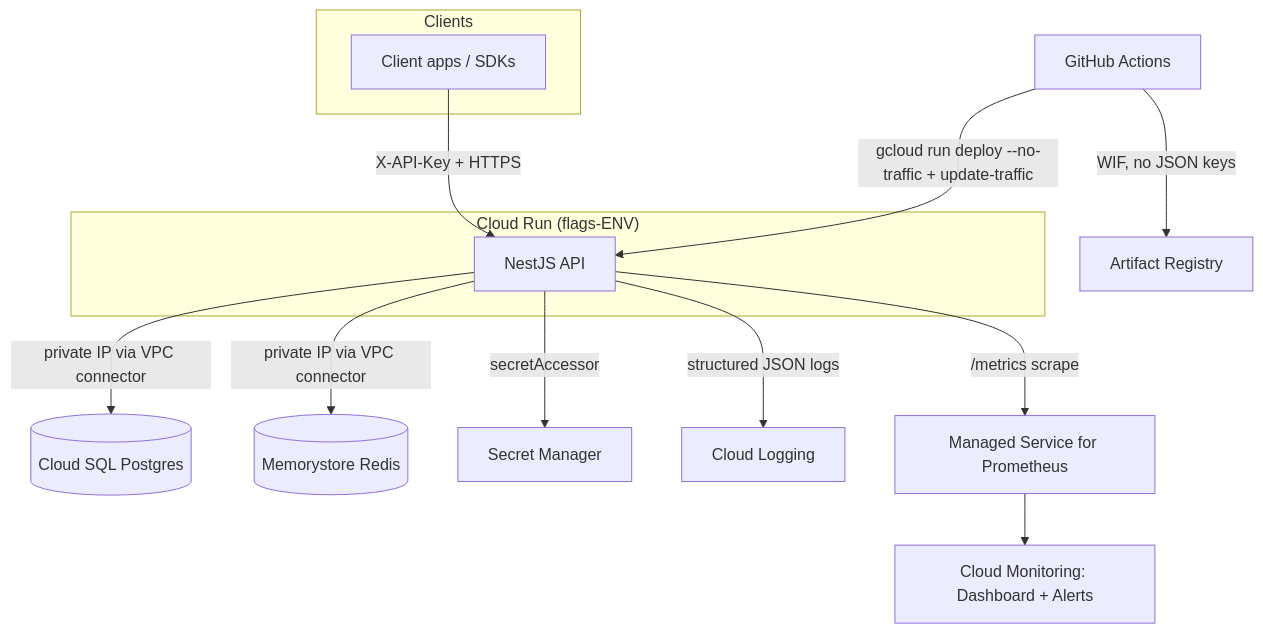
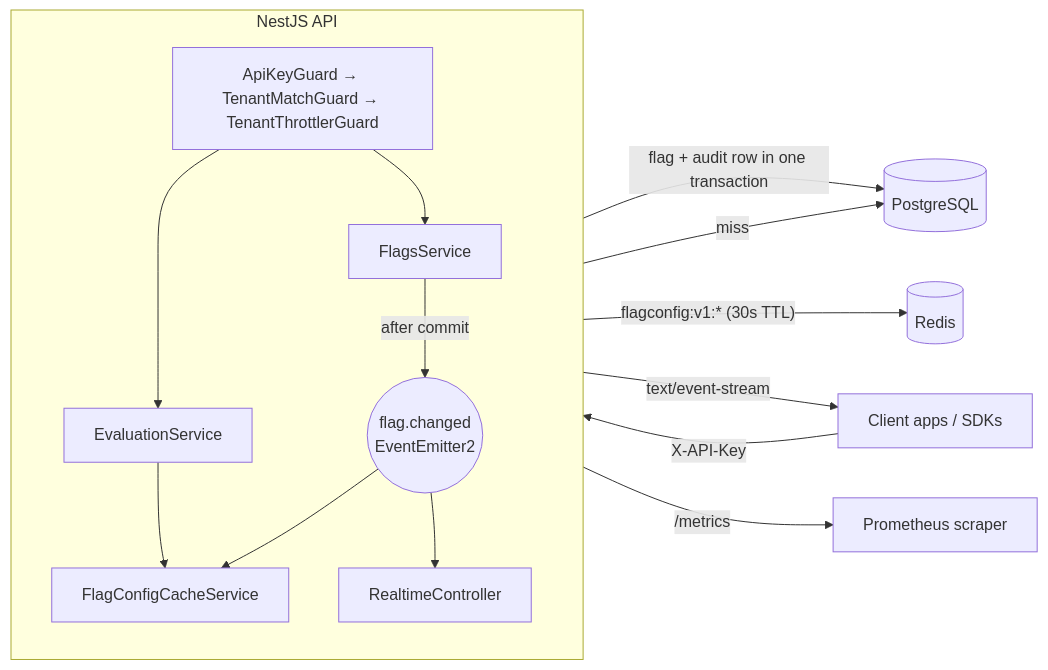
The first of 3 diagrams in README.md (awais-aman/feature-flag-service), drawn with Mermaid before and after one commit. The commit also changed other lines of this file and 2 other files, not shown here.

````diff
--- a/README.md
+++ b/README.md
@@ -82,21 +244,25 @@
 ```mermaid
-flowchart TB
-    subgraph Clients
-        SDK[Client apps / SDKs]
+flowchart LR
+    SDK[Client apps / SDKs] -->|"X-API-Key"| API
+
+    subgraph API[NestJS API]
+        direction TB
+        Guards["ApiKeyGuard → TenantMatchGuard → TenantThrottlerGuard"]
+        Flags[FlagsService]
+        Eval[EvaluationService]
+        Cache[FlagConfigCacheService]
+        SSE[RealtimeController]
+        Bus(("flag.changed<br/>EventEmitter2"))
+        Guards --> Flags & Eval
+        Eval --> Cache
+        Flags -- "after commit" --> Bus
+        Bus --> Cache
+        Bus --> SSE
     end
 
-    subgraph "Cloud Run (flags-ENV)"
-        API[NestJS API]
-    end
-
-    SDK -->|"X-API-Key + HTTPS"| API
-    API -->|"private IP via VPC connector"| SQL[(Cloud SQL Postgres)]
-    API -->|"private IP via VPC connector"| Redis[(Memorystore Redis)]
-    API -->|"secretAccessor"| SM[Secret Manager]
-    API -->|structured JSON logs| Logging[Cloud Logging]
-    API -->|"/metrics scrape"| Prom[Managed Service for Prometheus]
-    Prom --> Monitoring[Cloud Monitoring: Dashboard + Alerts]
-
-    GH[GitHub Actions] -->|"WIF, no JSON keys"| AR[Artifact Registry]
-    GH -->|"gcloud run deploy --no-traffic + update-traffic"| API
+    Flags -->|"flag + audit row in one transaction"| PG[(PostgreSQL)]
+    Cache -->|"flagconfig:v1:* (30s TTL)"| Redis[(Redis)]
+    Cache -->|miss| PG
+    SSE -->|text/event-stream| SDK
+    API -->|"/metrics"| Prom[Prometheus scraper]
 ```
````
